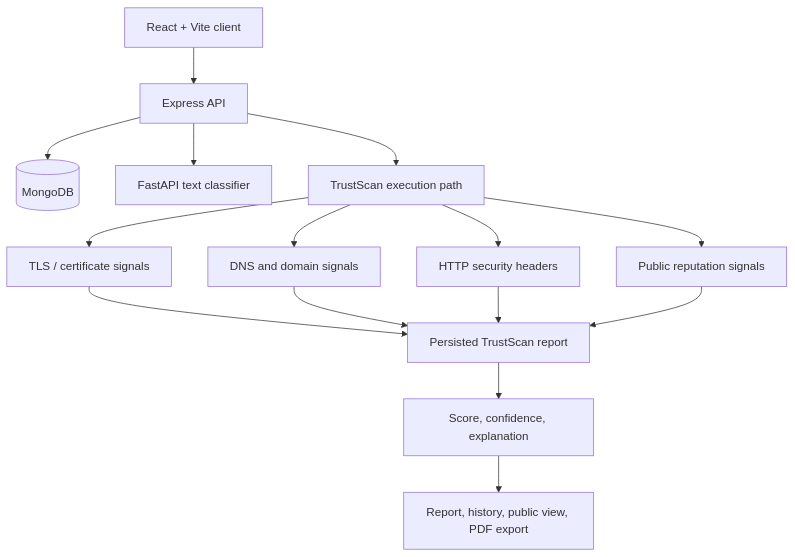
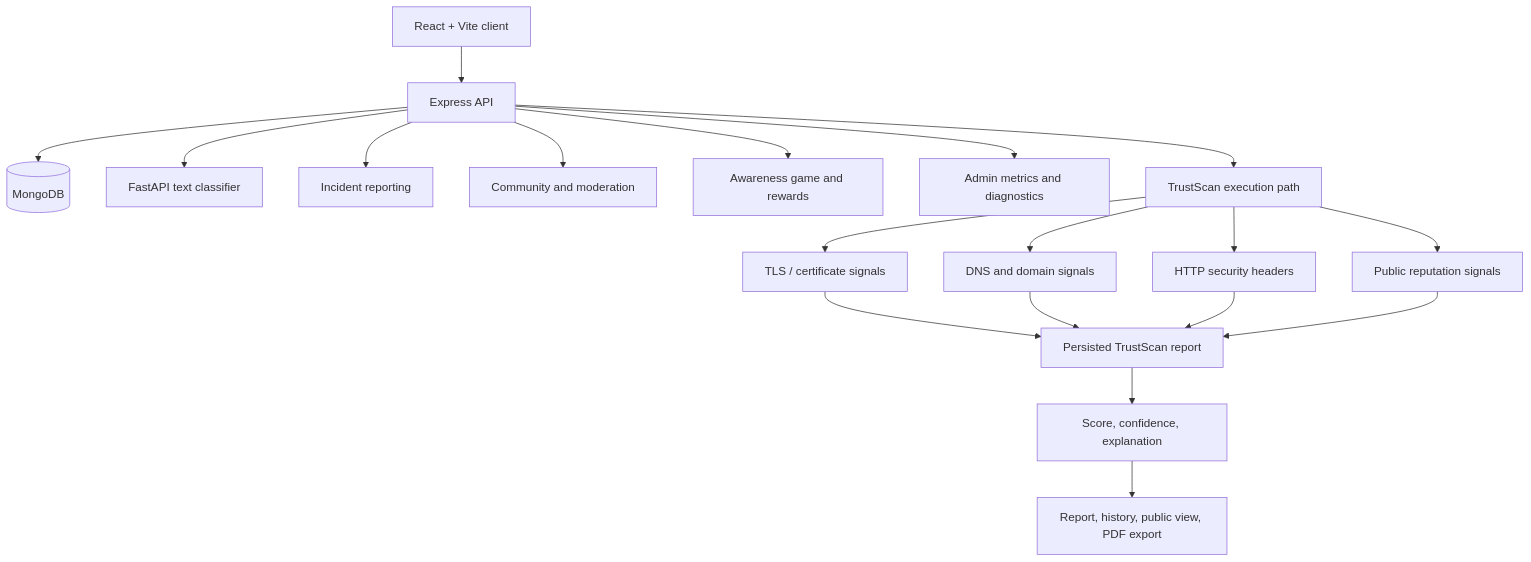
Before and after one commit to Mystify7777/stories: the diagram in stories/cybershield/README.md, drawn with Mermaid. The commit also changed other lines of this file, not shown here.

````diff
--- a/stories/cybershield/README.md
+++ b/stories/cybershield/README.md
@@ -22,17 +38,21 @@
 ```mermaid
 flowchart TD
   U[React + Vite client] --> API[Express API]
   API --> DB[(MongoDB)]
   API --> AI[FastAPI text classifier]
+  API --> REP[Incident reporting]
+  API --> COM[Community and moderation]
+  API --> GAME[Awareness game and rewards]
+  API --> OBS[Admin metrics and diagnostics]
   API --> TS[TrustScan execution path]
   TS --> TLS[TLS / certificate signals]
   TS --> DNS[DNS and domain signals]
   TS --> HDR[HTTP security headers]
-  TS --> REP[Public reputation signals]
+  TS --> SAFE[Public reputation signals]
   TLS --> R[Persisted TrustScan report]
   DNS --> R
   HDR --> R
-  REP --> R
+  SAFE --> R
   R --> SCORE[Score, confidence, explanation]
   SCORE --> UI[Report, history, public view, PDF export]
 ```
````
